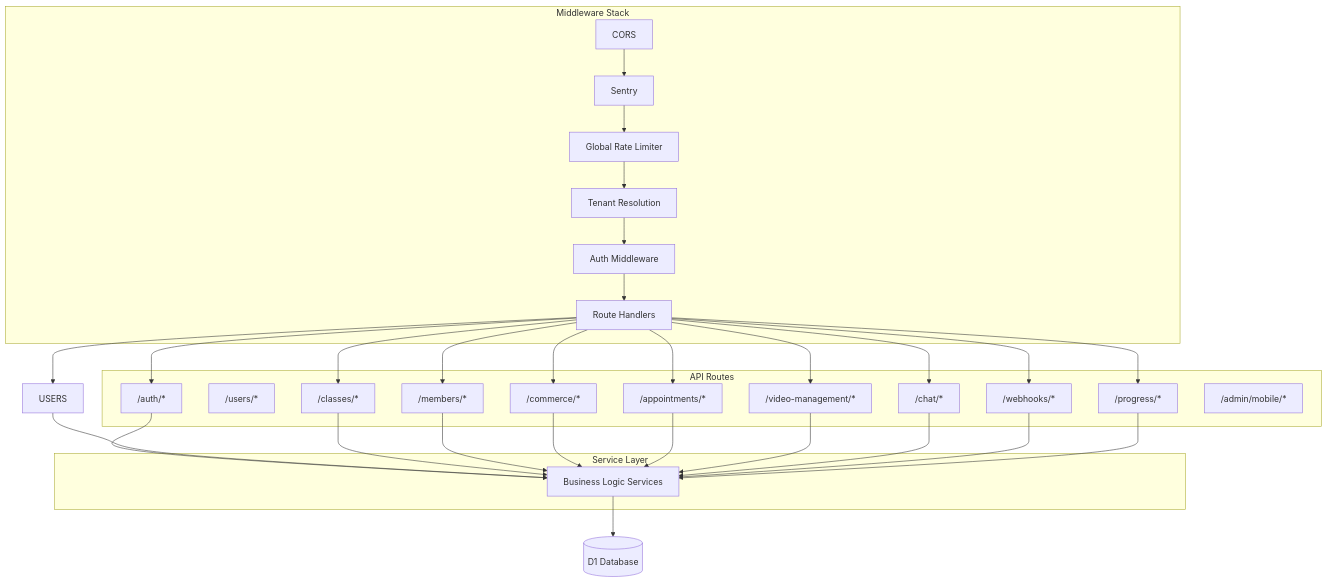
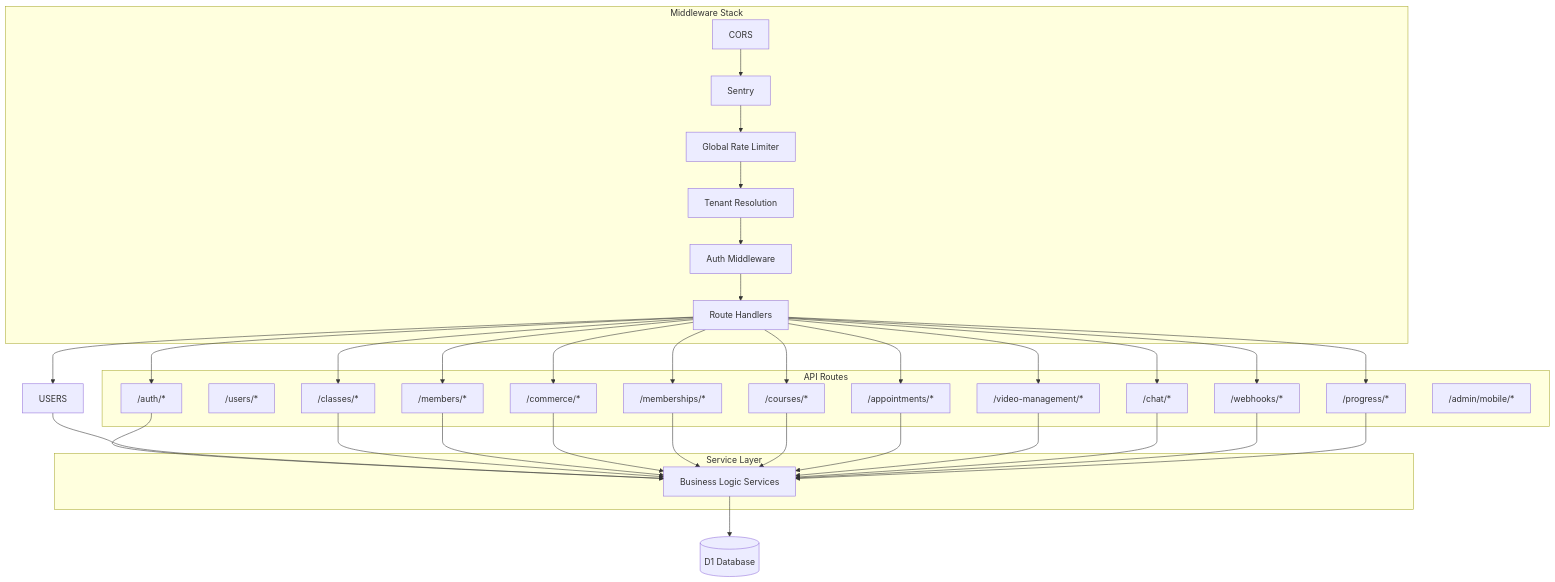
One commit to slichti/studio-platform-dev changed the fourth of 9 diagrams in docs/architecture.md. Above: the diagram before and after it, drawn with Mermaid. The commit also changed other lines of this file and 5 other files, not shown here.

````diff
--- a/docs/architecture.md
+++ b/docs/architecture.md
@@ -152,42 +152,37 @@
 ```mermaid
 flowchart TB
     subgraph "API Routes"
         AUTH["/auth/*"]
         USER["/users/*"]
         CLASSES["/classes/*"]
         MEMBERS["/members/*"]
         COMMERCE["/commerce/*"]
+        MEMBERSHIPS["/memberships/*"]
+        COURSES["/courses/*"]
         APPOINTMENTS["/appointments/*"]
         VIDEO["/video-management/*"]
         CHAT["/chat/*"]
         WEBHOOKS["/webhooks/*"]
         PROGRESS["/progress/*"]
         ADMIN_MOBILE["/admin/mobile/*"]
     end
 
     subgraph "Middleware Stack"
         CORS[CORS] --> SENTRY[Sentry]
         SENTRY --> RATELIMIT[Global Rate Limiter]
         RATELIMIT --> TENANT[Tenant Resolution]
         TENANT --> AUTHMW[Auth Middleware]
         AUTHMW --> ROUTES[Route Handlers]
     end
 
     subgraph "Service Layer"
         SERVICES[Business Logic Services]
     end
 
-    ROUTES --> AUTH
-    ROUTES --> USERS
-    ROUTES --> CLASSES
-    ROUTES --> MEMBERS
-    ROUTES --> COMMERCE
-    ROUTES --> APPOINTMENTS
-    ROUTES --> VIDEO
-    ROUTES --> CHAT
-    ROUTES --> WEBHOOKS
-    ROUTES --> PROGRESS
+    ROUTES --> AUTH & USERS & CLASSES & MEMBERS & COMMERCE
+    ROUTES --> MEMBERSHIPS & COURSES & APPOINTMENTS
+    ROUTES --> VIDEO & CHAT & WEBHOOKS & PROGRESS
 
-    AUTH & USERS & CLASSES & MEMBERS & COMMERCE & APPOINTMENTS & VIDEO & CHAT & WEBHOOKS & PROGRESS --> SERVICES
+    AUTH & USERS & CLASSES & MEMBERS & COMMERCE & MEMBERSHIPS & COURSES & APPOINTMENTS & VIDEO & CHAT & WEBHOOKS & PROGRESS --> SERVICES
     SERVICES --> DB[(D1 Database)]
 ```
````
